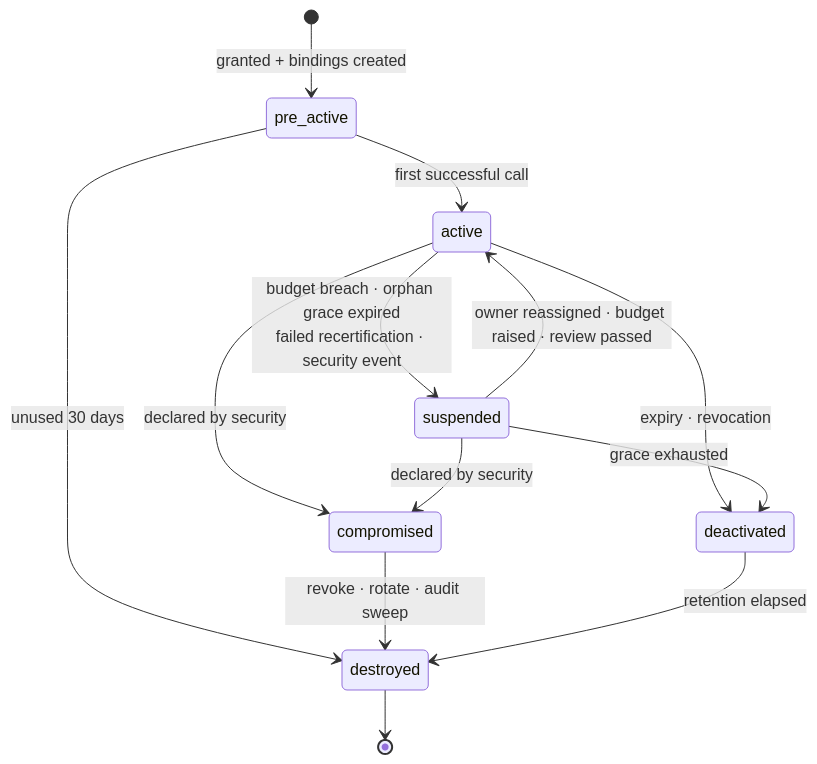
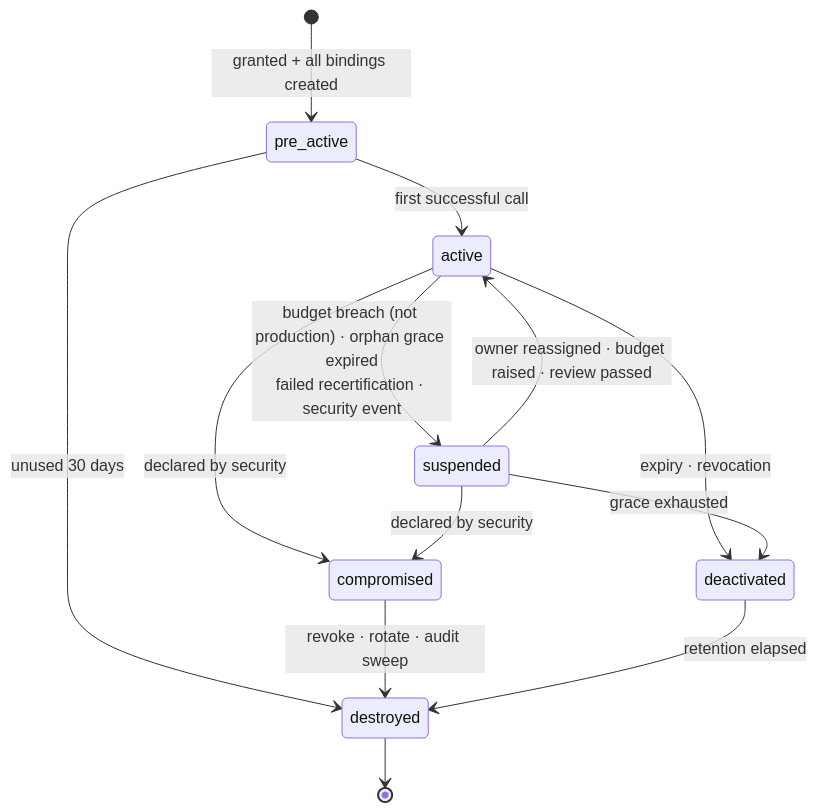
One commit to rajatdua/exploration changed the second of 4 diagrams in docs/superpowers/specs/2026-09-04-ai-credential-operating-model-design.md. Above: the diagram before and after it, drawn with Mermaid. The commit also changed other lines of this file and 1 other file, not shown here.

````diff
--- a/docs/superpowers/specs/2026-09-04-ai-credential-operating-model-design.md
+++ b/docs/superpowers/specs/2026-09-04-ai-credential-operating-model-design.md
@@ -392,15 +278,15 @@
 ```mermaid
 stateDiagram-v2
-    [*] --> pre_active: granted + bindings created
+    [*] --> pre_active: granted + all bindings created
     pre_active --> active: first successful call
     pre_active --> destroyed: unused 30 days
-    active --> suspended: budget breach · orphan grace expired<br/>failed recertification · security event
+    active --> suspended: budget breach (not production) · orphan grace expired<br/>failed recertification · security event
     suspended --> active: owner reassigned · budget raised · review passed
     active --> deactivated: expiry · revocation
     suspended --> deactivated: grace exhausted
     active --> compromised: declared by security
     suspended --> compromised: declared by security
     compromised --> destroyed: revoke · rotate · audit sweep
     deactivated --> destroyed: retention elapsed
     destroyed --> [*]
 ```
````
